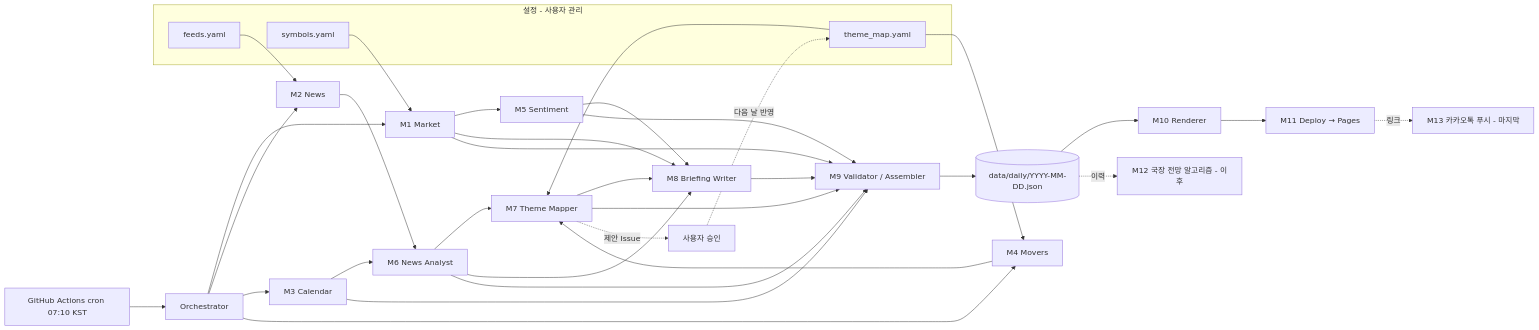
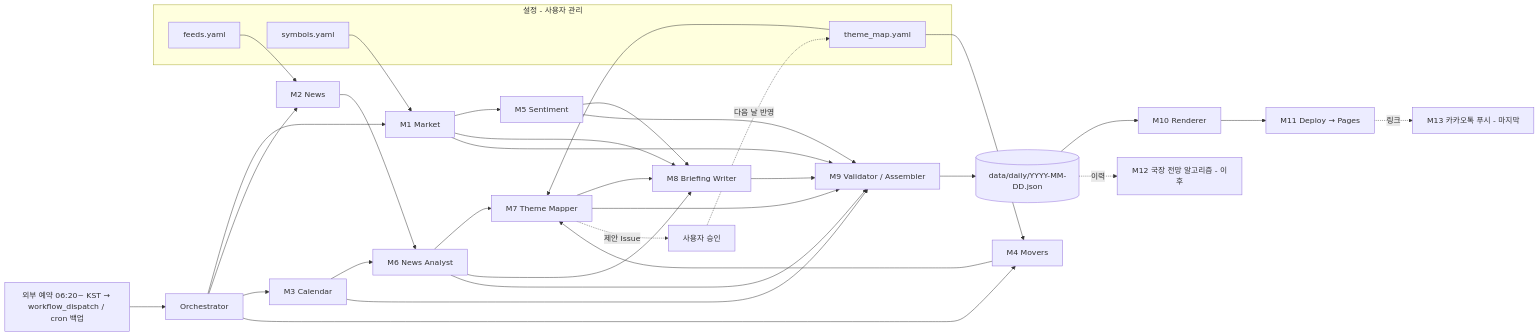
The diagram in docs/architecture.md (tiong0211-hub/USmarket-radar), drawn with Mermaid before and after one commit. The commit also changed other lines of this file and 3 other files, not shown here.

First line of the commit message:
feat(m11): start at 06:20 KST via external workflow_dispatch trigger

````diff
--- a/docs/architecture.md
+++ b/docs/architecture.md
@@ -42,34 +42,34 @@
 ```mermaid
 flowchart LR
     subgraph CFG[설정 - 사용자 관리]
         F1[feeds.yaml]
         F2[theme_map.yaml]
         F3[symbols.yaml]
     end
-    CRON[GitHub Actions cron 07:10 KST] --> OR[Orchestrator]
+    CRON[외부 예약 06:20~ KST → workflow_dispatch / cron 백업] --> OR[Orchestrator]
     OR --> M1[M1 Market]
     OR --> M2[M2 News]
     OR --> M3[M3 Calendar]
     OR --> M4[M4 Movers]
     F3 --> M1
     F1 --> M2
     F2 --> M4
     M1 --> M5[M5 Sentiment]
     M2 --> M6[M6 News Analyst]
     M3 --> M6
     M4 --> M7[M7 Theme Mapper]
     M6 --> M7
     F2 --> M7
     M5 --> M8[M8 Briefing Writer]
     M6 --> M8
     M7 --> M8
     M1 --> M8
     M1 & M3 & M5 & M6 & M7 & M8 --> M9[M9 Validator / Assembler]
     M9 --> D[(data/daily/YYYY-MM-DD.json)]
     D --> M10[M10 Renderer]
     M10 --> M11[M11 Deploy → Pages]
     M7 -.제안 Issue.-> U[사용자 승인]
     U -.다음 날 반영.-> F2
     D -.이력.-> M12[M12 국장 전망 알고리즘 - 이후]
     M11 -.링크.-> M13[M13 카카오톡 푸시 - 마지막]
 ```
````
